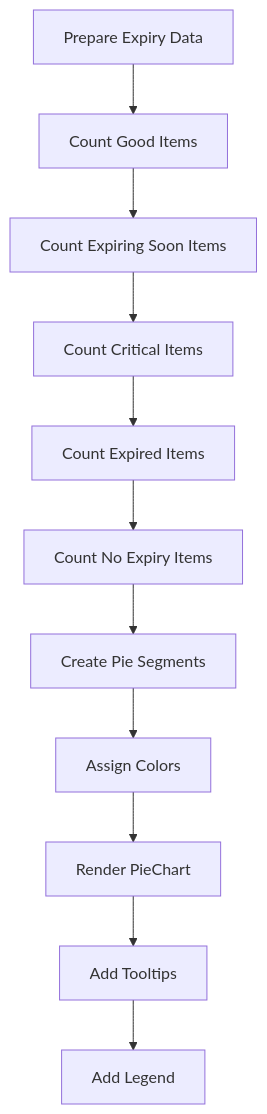
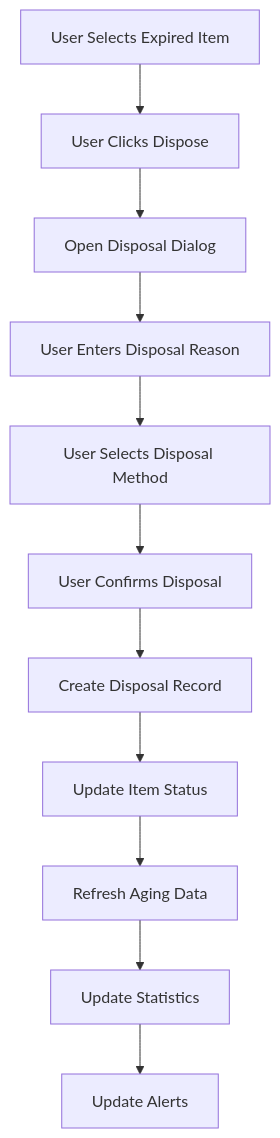
Diagram 20 of 23 in docs/app/inventory-management/stock-overview/inventory-aging/FD-inventory-aging.md (PeakMNA/carmen), drawn with Mermaid before and after one commit. The commit also changed other lines of this file and 473 other files, not shown here.

````diff
--- a/docs/app/inventory-management/stock-overview/inventory-aging/FD-inventory-aging.md
+++ b/docs/app/inventory-management/stock-overview/inventory-aging/FD-inventory-aging.md
@@ -295,13 +426,13 @@
 ```mermaid
-flowchart TD
-    A[Prepare Expiry Data] --> B[Count Good Items]
-    B --> C[Count Expiring Soon Items]
-    C --> D[Count Critical Items]
-    D --> E[Count Expired Items]
-    E --> F[Count No Expiry Items]
-    F --> G[Create Pie Segments]
-    G --> H[Assign Colors]
-    H --> I[Render PieChart]
-    I --> J[Add Tooltips]
-    J --> K[Add Legend]
+graph TD
+    A[User Selects Expired Item] --> B[User Clicks Dispose]
+    B --> C[Open Disposal Dialog]
+    C --> D[User Enters Disposal Reason]
+    D --> E[User Selects Disposal Method]
+    E --> F[User Confirms Disposal]
+    F --> G[Create Disposal Record]
+    G --> H[Update Item Status]
+    H --> I[Refresh Aging Data]
+    I --> J[Update Statistics]
+    J --> K[Update Alerts]
 ```
````
